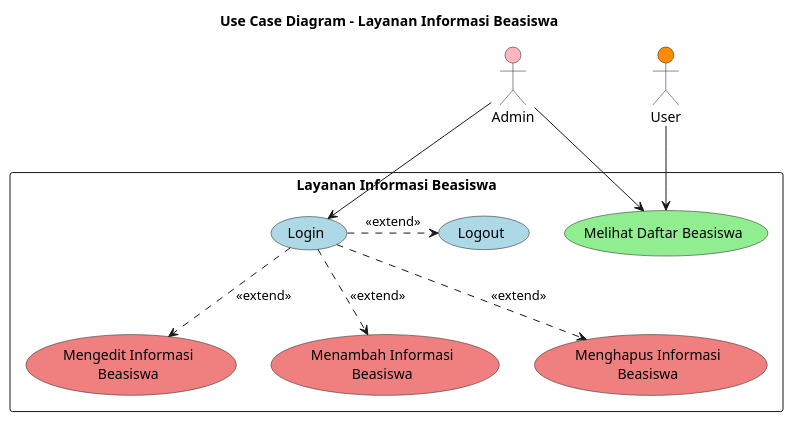
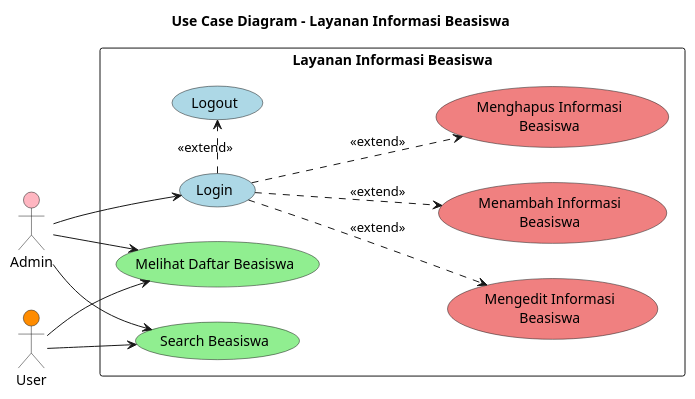
Before and after one commit to RizqiMaulana14/Project: the diagram in usecase.puml, drawn with PlantUML. The commit also changed other lines of this file and 1 other file, not shown here.

```diff
--- a/usecase.puml
+++ b/usecase.puml
@@ -1,38 +1,40 @@
 @startuml
 title Use Case Diagram - Layanan Informasi Beasiswa
-'left to right direction
+left to right direction
 
 actor Admin #LightPink
 actor User #Darkorange
 
 rectangle "Layanan Informasi Beasiswa" {
     usecase "Login" as UC0 #LightBlue
     usecase "Logout" as UC1 #LightBlue
     'usecase "Registrasi" as UC2 #LightBlue
 
     'usecase "Melakukan\nPemesanan" as UC3 #LightGreen
     'usecase "Mencetak\nStruk" as UC4 #LightGreen
     usecase "Melihat Daftar Beasiswa" as UC5 #LightGreen
-    'usecase "Mengembalikan PS" as UC6 #LightGreen
+    usecase "Search Beasiswa" as UC6 #LightGreen
     'usecase "Mengelola Data Diri (Profil)" as UC7 #LightGreen
 
     usecase "Mengedit Informasi\nBeasiswa" as UC8 #LightCoral
     usecase "Menambah Informasi\nBeasiswa" as UC9 #LightCoral
     usecase "Menghapus Informasi\nBeasiswa" as UC10 #LightCoral
 }
     
 UC0 .> UC1 : <<extend>>
 'UC2 ..>UC0 : <<include>>
 UC0 ..>UC9 : <<extend>>
 UC0 ..>UC10 : <<extend>>
 UC0 ..>UC8 : <<extend>>
 'UC9 ..>UC4 : <<extend>>
 'UC0 ..>UC3 : <<extend>>
 'UC3 ..>UC6 : <<extend>>
 'UC0 ..>UC7 : <<extend>>
 'UC3 ..> UC4 : <<extend>>
 
 Admin -->UC5
 Admin -->UC0
+Admin-->UC6
 User-->UC5
+User-->UC6
 @enduml
```
